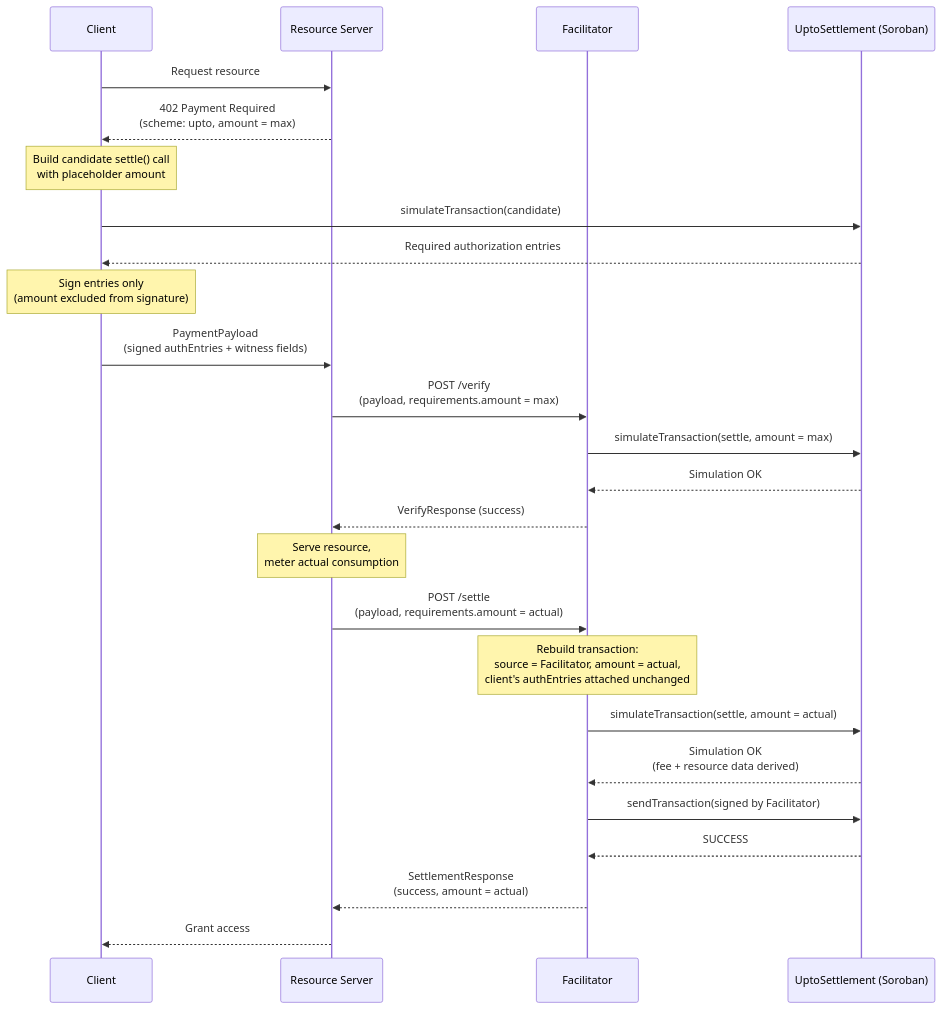
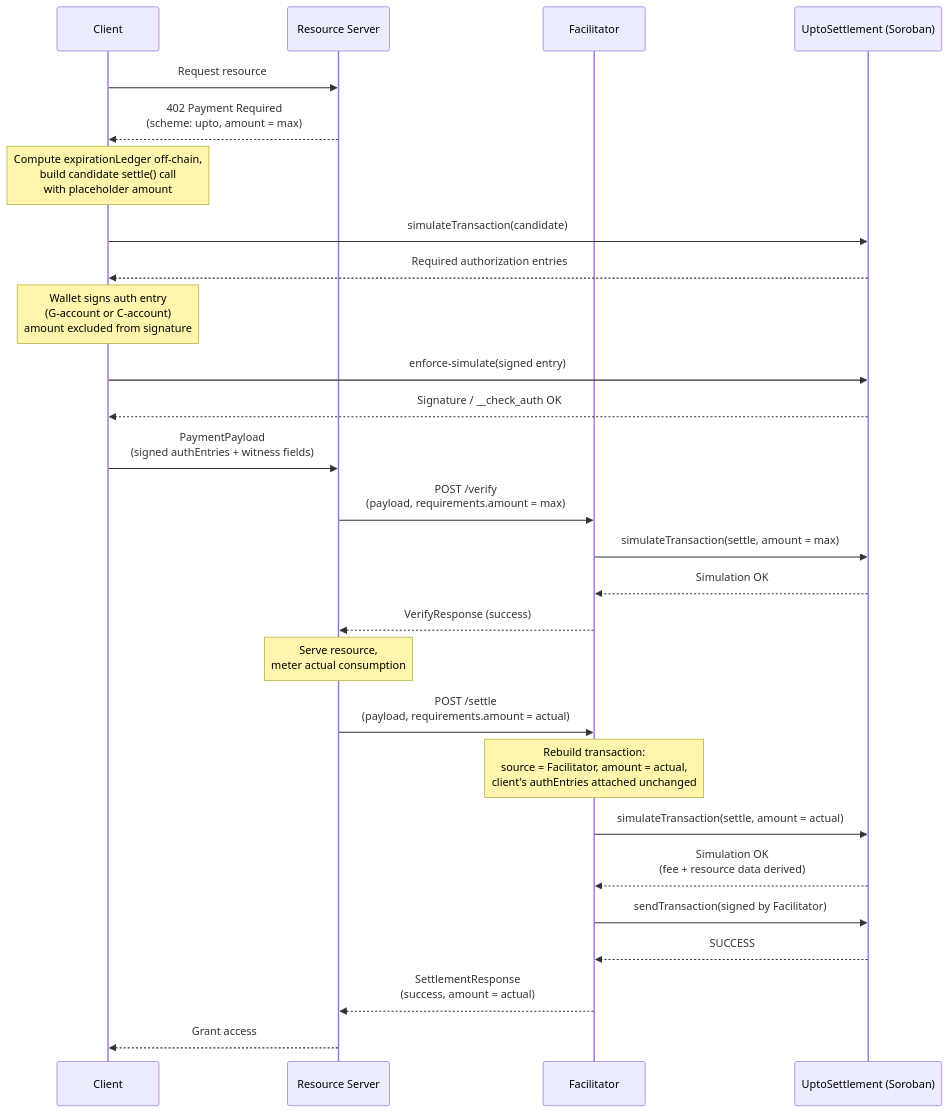
One commit to 0d1026/Rialto changed the diagram in docs/scheme_upto_stellar.md. Above: the diagram before and after it, drawn with Mermaid. The commit also changed other lines of this file, not shown here.

Commit message:
docs: clarify Stellar upto authorization flow

````diff
--- a/docs/scheme_upto_stellar.md
+++ b/docs/scheme_upto_stellar.md
@@ -222,33 +272,35 @@
 ```mermaid
 sequenceDiagram
     participant C as Client
     participant RS as Resource Server
     participant F as Facilitator
     participant SC as UptoSettlement (Soroban)
 
     C->>RS: Request resource
     RS-->>C: 402 Payment Required<br/>(scheme: upto, amount = max)
 
-    Note over C: Build candidate settle() call<br/>with placeholder amount
+    Note over C: Compute expirationLedger off-chain,<br/>build candidate settle() call<br/>with placeholder amount
     C->>SC: simulateTransaction(candidate)
     SC-->>C: Required authorization entries
-    Note over C: Sign entries only<br/>(amount excluded from signature)
+    Note over C: Wallet signs auth entry<br/>(G-account or C-account)<br/>amount excluded from signature
+    C->>SC: enforce-simulate(signed entry)
+    SC-->>C: Signature / __check_auth OK
 
     C->>RS: PaymentPayload<br/>(signed authEntries + witness fields)
     RS->>F: POST /verify<br/>(payload, requirements.amount = max)
     F->>SC: simulateTransaction(settle, amount = max)
     SC-->>F: Simulation OK
     F-->>RS: VerifyResponse (success)
 
     Note over RS: Serve resource,<br/>meter actual consumption
 
     RS->>F: POST /settle<br/>(payload, requirements.amount = actual)
     Note over F: Rebuild transaction:<br/>source = Facilitator, amount = actual,<br/>client's authEntries attached unchanged
     F->>SC: simulateTransaction(settle, amount = actual)
     SC-->>F: Simulation OK<br/>(fee + resource data derived)
     F->>SC: sendTransaction(signed by Facilitator)
     SC-->>F: SUCCESS
 
     F-->>RS: SettlementResponse<br/>(success, amount = actual)
     RS-->>C: Grant access
 ```
````
